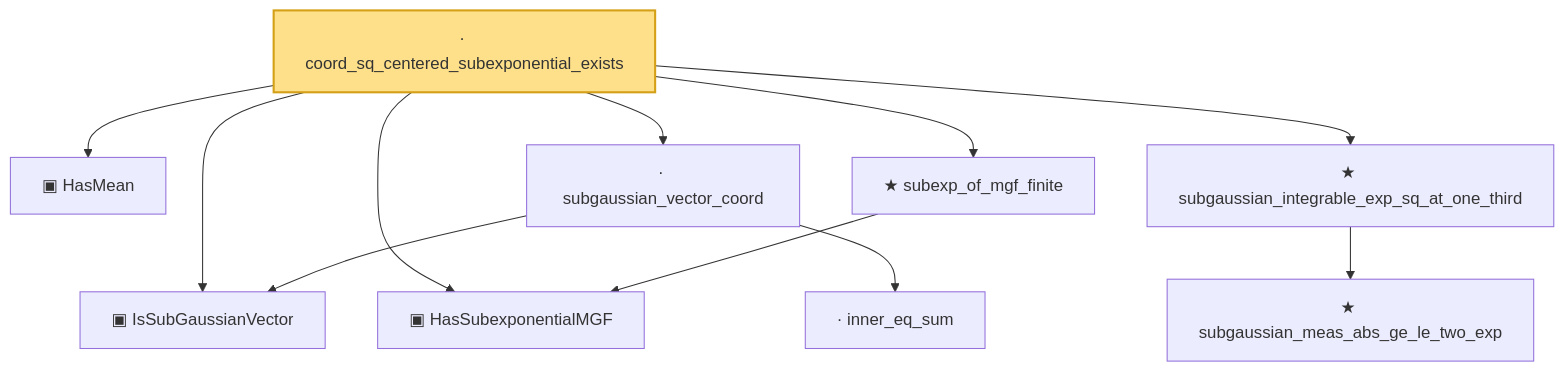
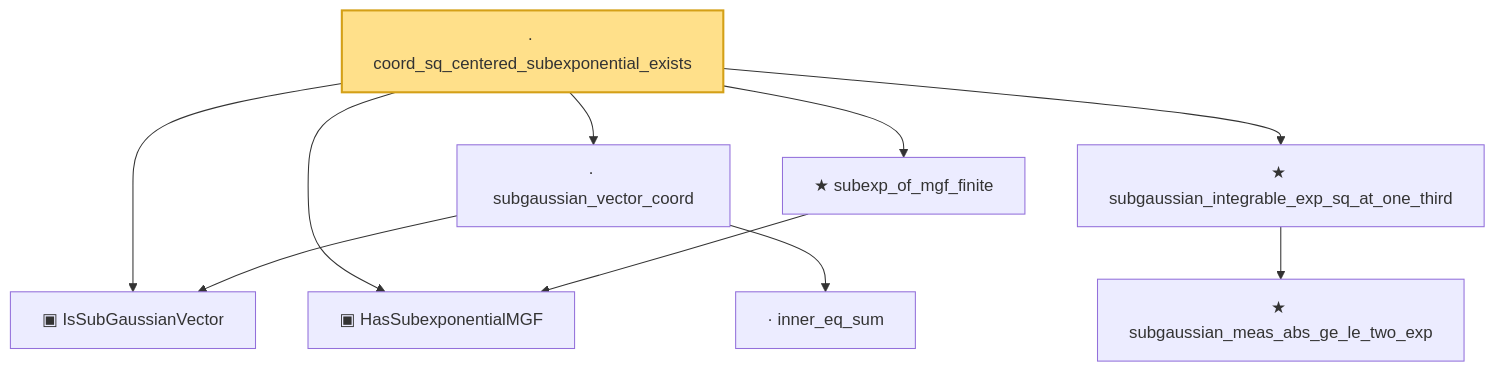
Before and after one commit to statopia/statlib-site: the diagram in public/narratives/HighDim/coord_sq_centered_subexponential_exists.md, drawn with Mermaid. The commit also changed other lines of this file and 85 other files, not shown here.

````diff
--- a/public/narratives/HighDim/coord_sq_centered_subexponential_exists.md
+++ b/public/narratives/HighDim/coord_sq_centered_subexponential_exists.md
@@ -20,25 +19,23 @@
 ```mermaid
 flowchart TD
-  n0["▣ HasMean"]
-  n1["▣ IsSubGaussianVector"]
-  n2["▣ HasSubexponentialMGF"]
-  n3["· inner_eq_sum"]
-  n4["· subgaussian_vector_coord"]
-  n5["★ subgaussian_meas_abs_ge_le_two_exp"]
-  n6["★ subgaussian_integrable_exp_sq_at_one_third"]
-  n7["★ subexp_of_mgf_finite"]
-  n8["· coord_sq_centered_subexponential_exists"]
-  n4 --> n1
-  n4 --> n3
-  n6 --> n5
-  n7 --> n2
-  n8 --> n0
-  n8 --> n1
-  n8 --> n2
-  n8 --> n4
-  n8 --> n6
-  n8 --> n7
-  class n8 headline;
+  n0["▣ IsSubGaussianVector"]
+  n1["▣ HasSubexponentialMGF"]
+  n2["· inner_eq_sum"]
+  n3["· subgaussian_vector_coord"]
+  n4["★ subgaussian_meas_abs_ge_le_two_exp"]
+  n5["★ subgaussian_integrable_exp_sq_at_one_third"]
+  n6["★ subexp_of_mgf_finite"]
+  n7["· coord_sq_centered_subexponential_exists"]
+  n3 --> n0
+  n3 --> n2
+  n5 --> n4
+  n6 --> n1
+  n7 --> n0
+  n7 --> n1
+  n7 --> n3
+  n7 --> n5
+  n7 --> n6
+  class n7 headline;
   classDef headline fill:#ffe08a,stroke:#d4a017,stroke-width:2px;
   classDef axiomNode fill:#ffd0d0,stroke:#c0392b,stroke-dasharray:4 2;
 ```
````
